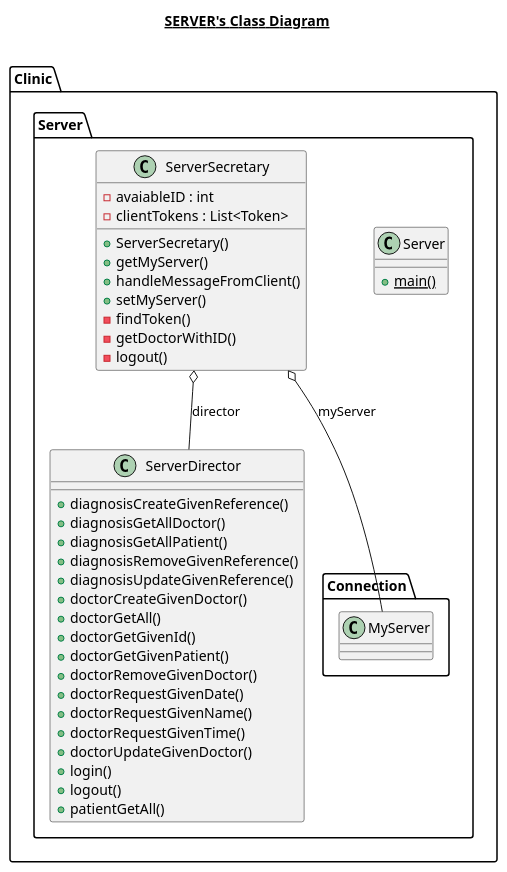
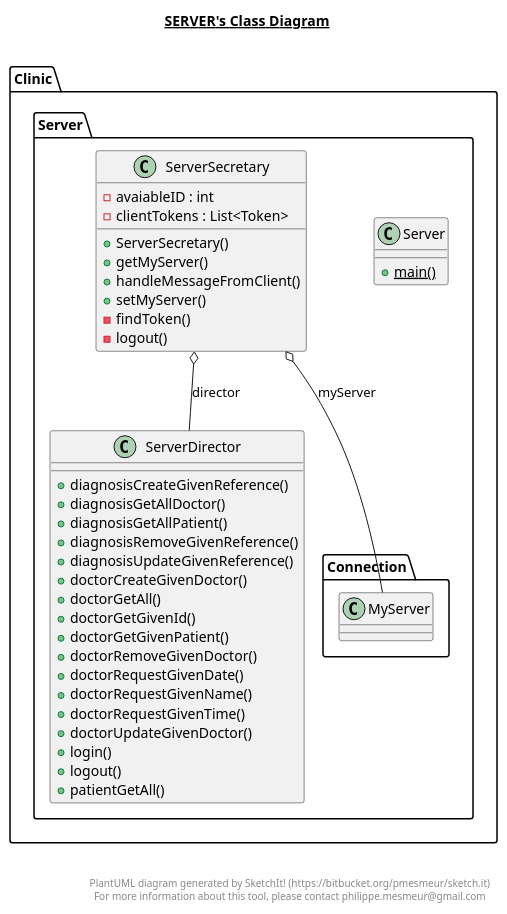
The diagram in src/Clinic/Server/Server.plantuml (AidanJohnston/Omar), drawn with PlantUML before and after one commit. The commit also changed 8 other files, not shown here.

Commit message:
PlantUML

```diff
--- a/src/Clinic/Server/Server.plantuml
+++ b/src/Clinic/Server/Server.plantuml
@@ -1,53 +1,60 @@
 @startuml
 
 title __SERVER's Class Diagram__\n
 
   namespace Clinic.Server {
     class Clinic.Server.Server {
         {static} + main()
     }
   }
   
 
   namespace Clinic.Server {
     class Clinic.Server.ServerDirector {
         + diagnosisCreateGivenReference()
         + diagnosisGetAllDoctor()
         + diagnosisGetAllPatient()
         + diagnosisRemoveGivenReference()
         + diagnosisUpdateGivenReference()
         + doctorCreateGivenDoctor()
         + doctorGetAll()
         + doctorGetGivenId()
         + doctorGetGivenPatient()
         + doctorRemoveGivenDoctor()
         + doctorRequestGivenDate()
         + doctorRequestGivenName()
         + doctorRequestGivenTime()
         + doctorUpdateGivenDoctor()
         + login()
         + logout()
         + patientGetAll()
     }
   }
   
 
   namespace Clinic.Server {
     class Clinic.Server.ServerSecretary {
         - avaiableID : int
         - clientTokens : List<Token>
         + ServerSecretary()
         + getMyServer()
         + handleMessageFromClient()
         + setMyServer()
         - findToken()
-        - getDoctorWithID()
         - logout()
     }
   }
   
 
   Clinic.Server.ServerSecretary o-- Clinic.Server.ServerDirector : director
   Clinic.Server.ServerSecretary o-- Clinic.Server.Connection.MyServer : myServer
 
+
+right footer
+
+
+PlantUML diagram generated by SketchIt! (https://bitbucket.org/pmesmeur/sketch.it)
+For more information about this tool, please contact philippe.mesmeur@gmail.com
+endfooter
+
 @enduml
```
